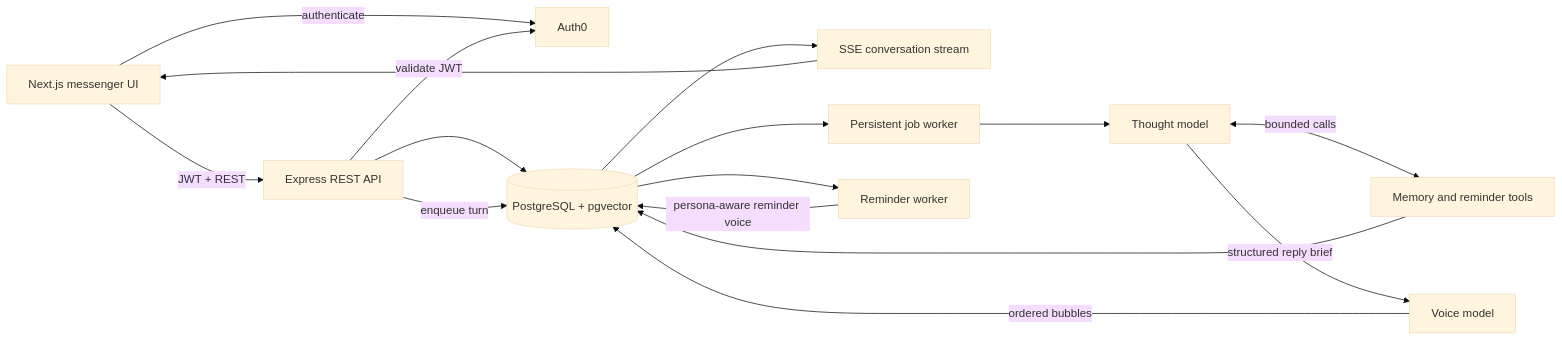
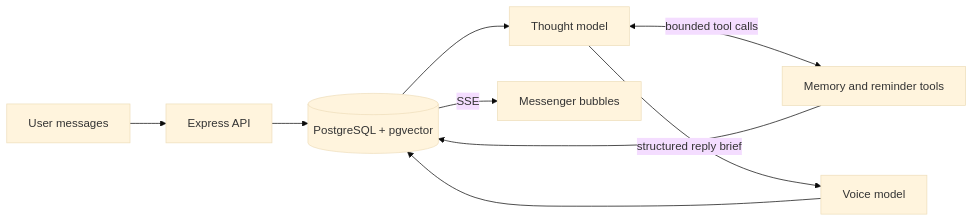
The first of 2 diagrams in README.md (False10101/Cantarella-Revamped), drawn with Mermaid (base theme) before and after one commit. The commit also changed other lines of this file and 2 other files, not shown here.

````diff
--- a/README.md
+++ b/README.md
@@ -74,29 +37,19 @@
 ```mermaid
 flowchart LR
-    UI[Next.js messenger UI]
-    AUTH[Auth0]
-    API[Express REST API]
-    SSE[SSE conversation stream]
+    USER[User messages]
+    API[Express API]
     DB[(PostgreSQL + pgvector)]
-    JOBS[Persistent job worker]
     THOUGHT[Thought model]
     TOOLS[Memory and reminder tools]
     VOICE[Voice model]
-    REMINDERS[Reminder worker]
+    CHAT[Messenger bubbles]
 
-    UI -->|authenticate| AUTH
-    UI -->|JWT + REST| API
-    API -->|validate JWT| AUTH
+    USER --> API
     API --> DB
-    API -->|enqueue turn| DB
-    DB --> JOBS
-    JOBS --> THOUGHT
-    THOUGHT <-->|bounded calls| TOOLS
+    DB --> THOUGHT
+    THOUGHT <-->|bounded tool calls| TOOLS
     TOOLS --> DB
     THOUGHT -->|structured reply brief| VOICE
-    VOICE -->|ordered bubbles| DB
-    DB --> SSE
-    SSE --> UI
-    DB --> REMINDERS
-    REMINDERS -->|persona-aware reminder voice| DB
+    VOICE --> DB
+    DB -->|SSE| CHAT
 ```
````
